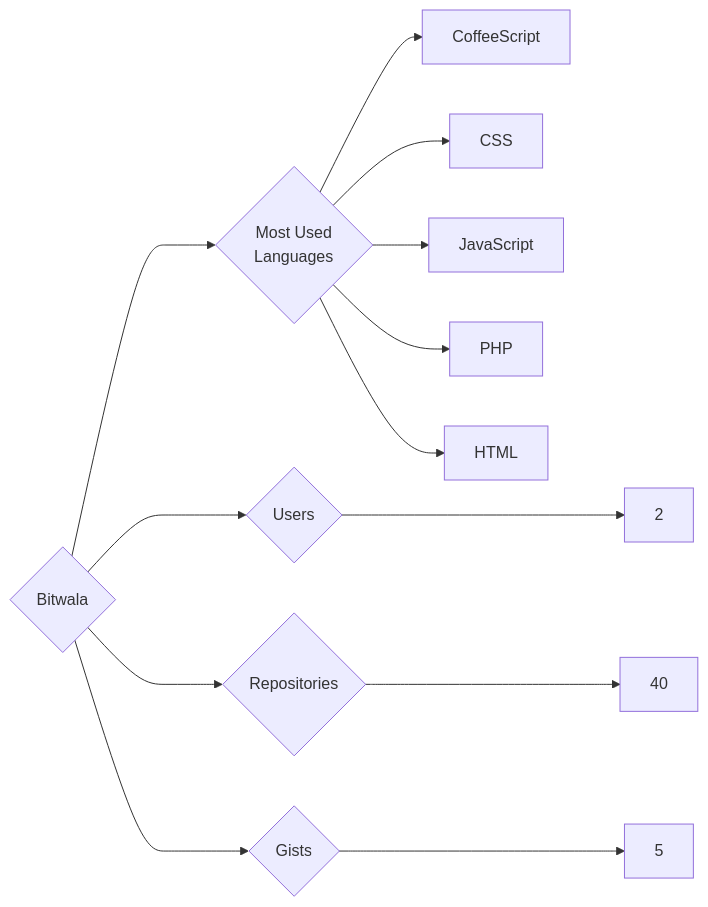
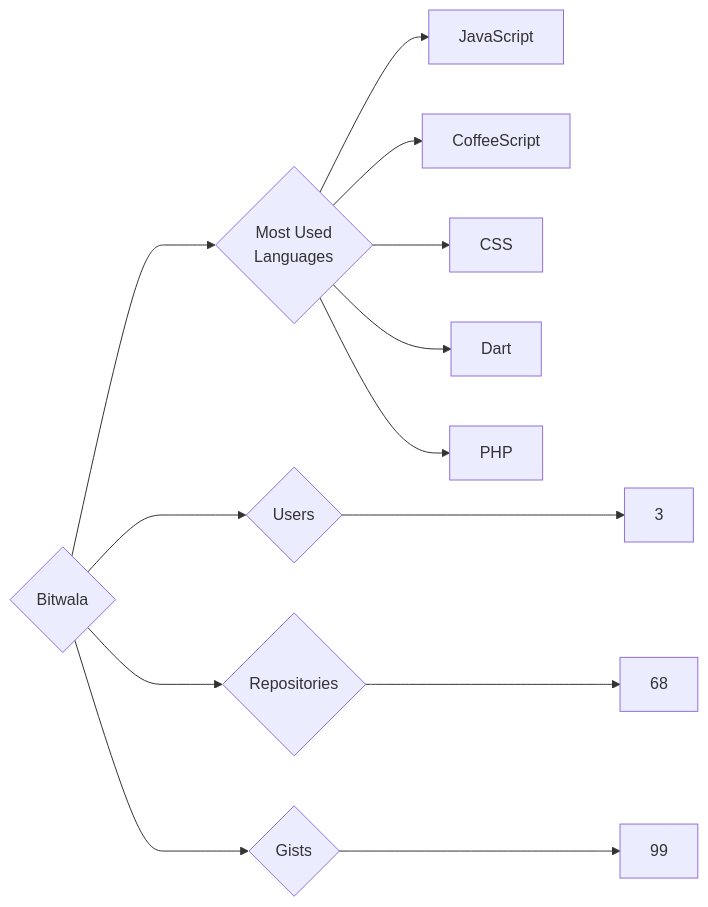
One commit to trickest/insiders changed the diagram in targets/Bitwala/README.md. Above: the diagram before and after it, drawn with Mermaid. The commit also changed 861 other files, not shown here.

````diff
--- a/targets/Bitwala/README.md
+++ b/targets/Bitwala/README.md
@@ -3,13 +3,13 @@
 ```mermaid
 graph LR
 COMPANY_NAME{Bitwala}
-COMPANY_NAME ---> U{Users} ---> UN[2]
-COMPANY_NAME ---> R{Repositories} ---> RN[40]
-COMPANY_NAME ---> G{Gists} ---> GN[5]
+COMPANY_NAME ---> U{Users} ---> UN[3]
+COMPANY_NAME ---> R{Repositories} ---> RN[68]
+COMPANY_NAME ---> G{Gists} ---> GN[99]
 COMPANY_NAME ---> ML{Most Used<br>Languages}
+ML --> JavaScript[JavaScript]
 ML --> CoffeeScript[CoffeeScript]
 ML --> CSS[CSS]
-ML --> JavaScript[JavaScript]
+ML --> Dart[Dart]
 ML --> PHP[PHP]
-ML --> HTML[HTML]
 ```
````
